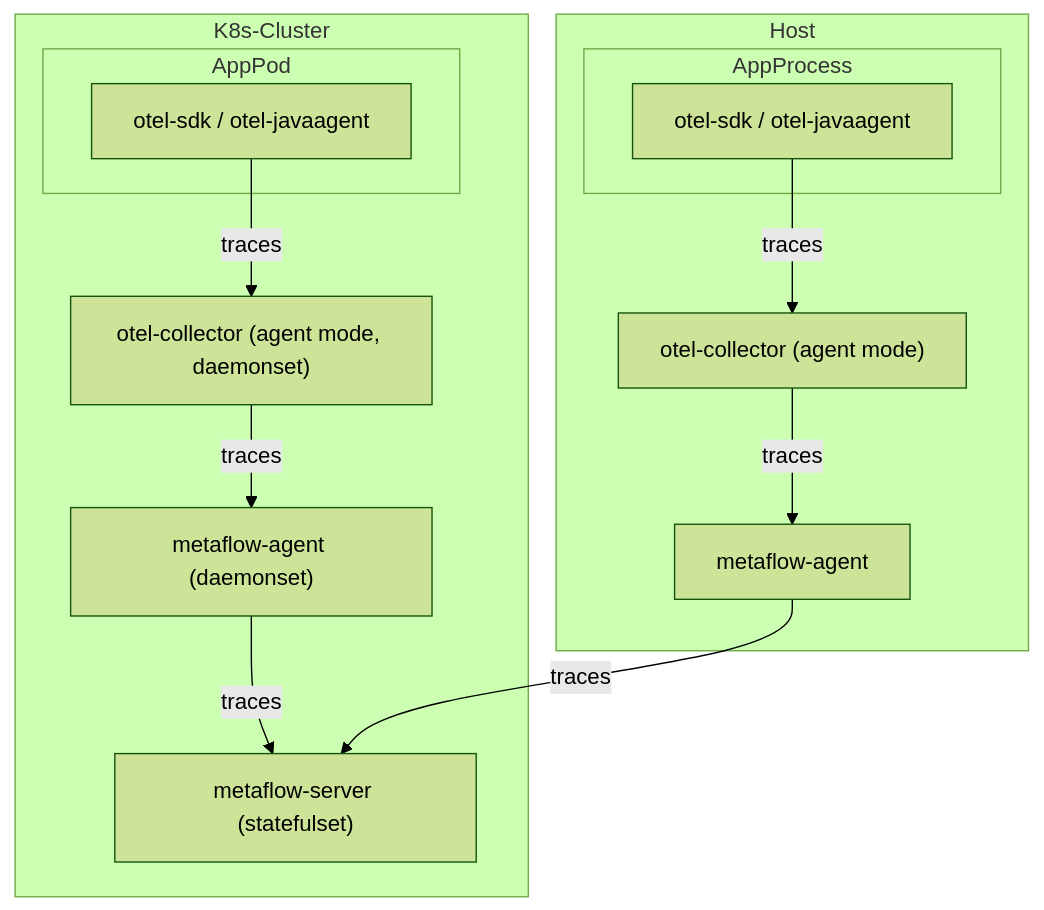
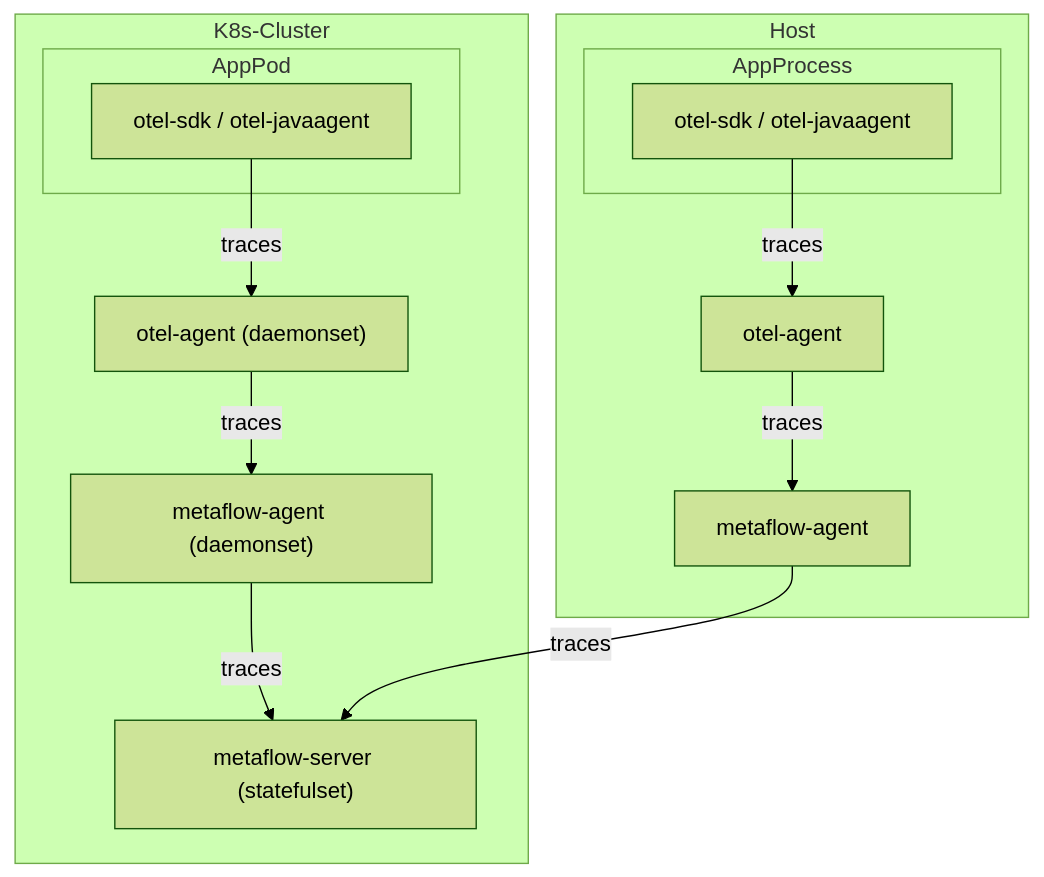
One commit to deepflowio/docs changed the first of 2 diagrams in zh/06-agent-integration/01-tracing/03-opentelemetry.md. Above: the diagram before and after it, drawn with Mermaid (forest theme). The commit also changed other lines of this file, not shown here.

Commit message:
Fix formats and fix agent config.

````diff
--- a/zh/06-agent-integration/01-tracing/03-opentelemetry.md
+++ b/zh/06-agent-integration/01-tracing/03-opentelemetry.md
@@ -7,28 +7,28 @@
 ```mermaid
 flowchart TD
 
 subgraph K8s-Cluster
   subgraph AppPod
     OTelSDK1["otel-sdk / otel-javaagent"]
   end
-  OTelAgent1["otel-collector (agent mode, daemonset)"]
+  OTelAgent1["otel-agent (daemonset)"]
   MetaFlowAgent1["metaflow-agent (daemonset)"]
   MetaFlowServer["metaflow-server (statefulset)"]
 
   OTelSDK1 -->|traces| OTelAgent1
   OTelAgent1 -->|traces| MetaFlowAgent1
   MetaFlowAgent1 -->|traces| MetaFlowServer
 end
 
 subgraph Host
   subgraph AppProcess
     OTelSDK2["otel-sdk / otel-javaagent"]
   end
-  OTelAgent2["otel-collector (agent mode)"]
+  OTelAgent2[otel-agent]
   MetaFlowAgent2[metaflow-agent]
 
   OTelSDK2 -->|traces| OTelAgent2
   OTelAgent2 -->|traces| MetaFlowAgent2
   MetaFlowAgent2 -->|traces| MetaFlowServer
 end
 ```
````
